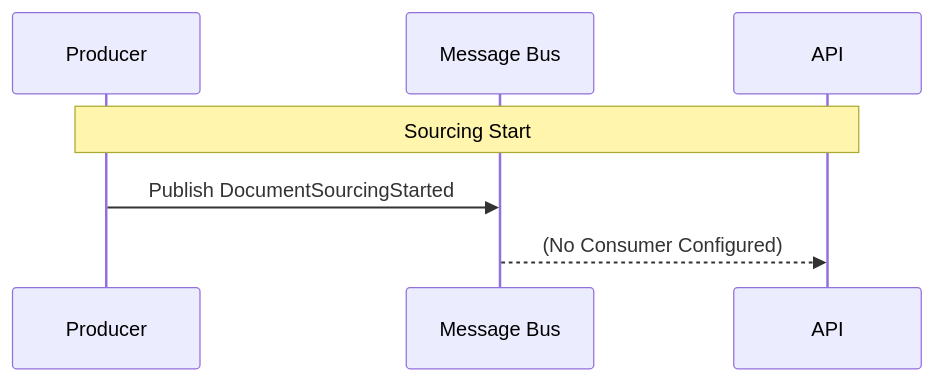
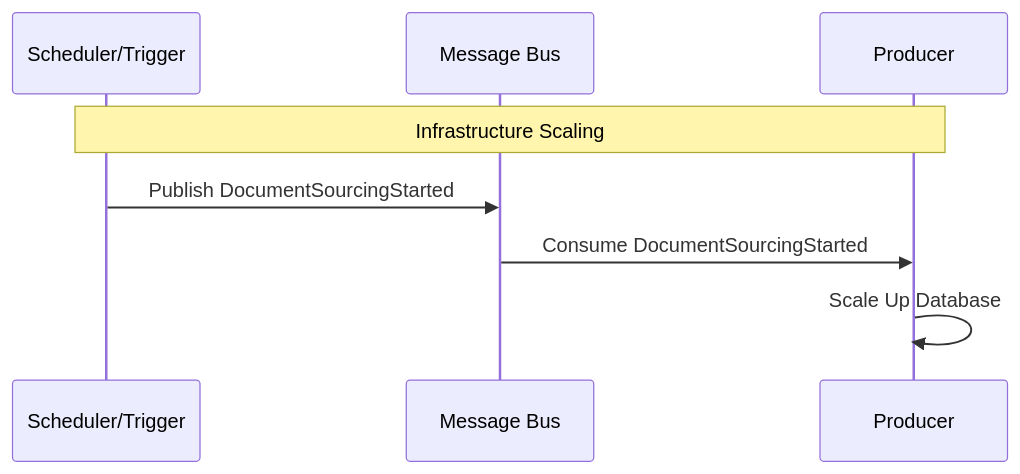
The diagram in docs/events/documents/DocumentSourcingStarted.md (jrandallsexton/sports-data-core), drawn with Mermaid before and after one commit. The commit also changed other lines of this file and 4 other files, not shown here.

````diff
--- a/docs/events/documents/DocumentSourcingStarted.md
+++ b/docs/events/documents/DocumentSourcingStarted.md
@@ -7,10 +7,11 @@
 ```mermaid
 sequenceDiagram
+    participant S as Scheduler/Trigger
+    participant B as Message Bus
     participant P as Producer
-    participant B as Message Bus
-    participant A as API
 
-    Note over P, A: Sourcing Start
-    P->>B: Publish DocumentSourcingStarted
-    B-->>A: (No Consumer Configured)
+    Note over S, P: Infrastructure Scaling
+    S->>B: Publish DocumentSourcingStarted
+    B->>P: Consume DocumentSourcingStarted
+    P->>P: Scale Up Database
 ```
````
